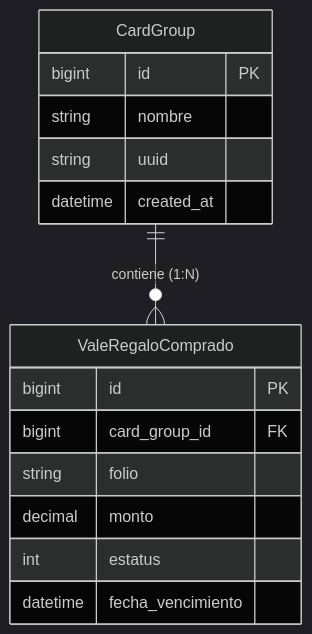
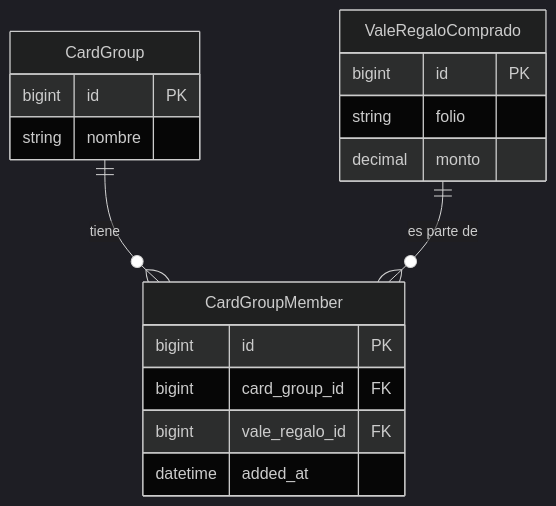
Before and after one commit to bulmaroarellano/pwa-architecture-proposal: the fourth of 4 diagrams in pwa_group_er_diagram_focused.md, drawn with Mermaid (dark theme). The commit also changed other lines of this file and 1 other file, not shown here.

Commit message:
Update architecture to V2: Strict 1:1 rules and Device Authorization

````diff
--- a/pwa_group_er_diagram_focused.md
+++ b/pwa_group_er_diagram_focused.md
@@ -84,20 +88,23 @@
 ```mermaid
 erDiagram
     CardGroup {
         bigint id PK
         string nombre
-        string uuid
-        datetime created_at
+    }
+
+    CardGroupMember {
+        bigint id PK
+        bigint card_group_id FK
+        bigint vale_regalo_id FK
+        datetime added_at
     }
 
     ValeRegaloComprado {
         bigint id PK
-        bigint card_group_id FK
         string folio
         decimal monto
-        int estatus
-        datetime fecha_vencimiento
     }
 
-    CardGroup ||--o{ ValeRegaloComprado : "contiene (1:N)"
+    CardGroup ||--o{ CardGroupMember : "tiene"
+    ValeRegaloComprado ||--o{ CardGroupMember : "es parte de"
 ```
````
